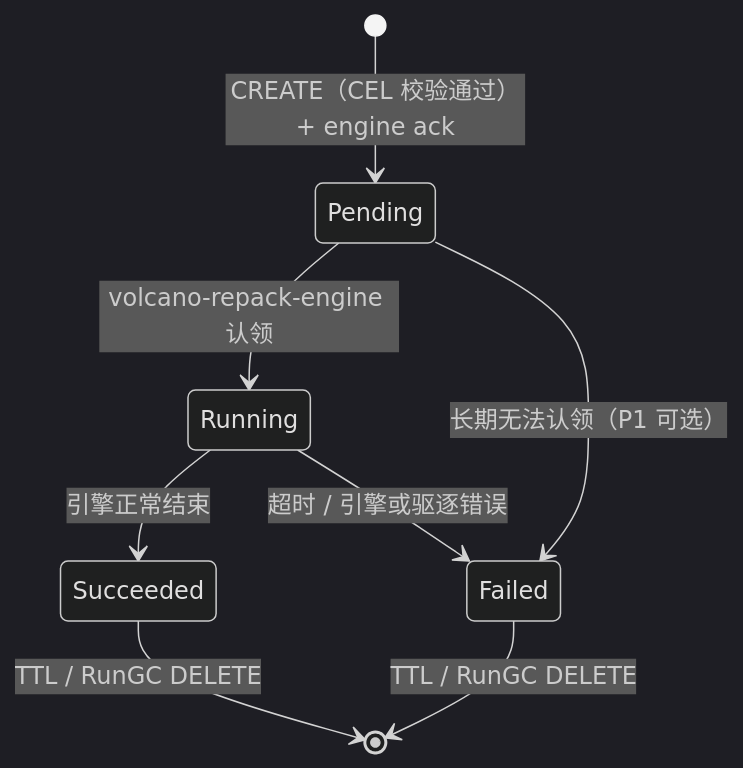
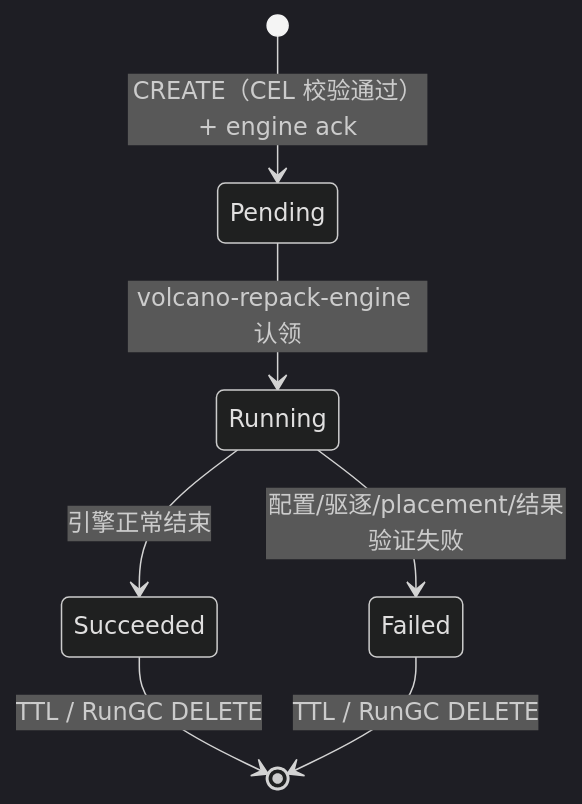
One commit to wangyang0616/volcano changed the third of 21 diagrams in docs/design/repack-policy-design.md. Above: the diagram before and after it, drawn with Mermaid (dark theme). The commit also changed other lines of this file and 1 other file, not shown here.

````diff
--- a/docs/design/repack-policy-design.md
+++ b/docs/design/repack-policy-design.md
@@ -633,10 +664,9 @@
 ```mermaid
 stateDiagram-v2
     [*] --> Pending: CREATE（CEL 校验通过）+ engine ack
     Pending --> Running: volcano-repack-engine 认领
-    Pending --> Failed: 长期无法认领（P1 可选）
     Running --> Succeeded: 引擎正常结束
-    Running --> Failed: 超时 / 引擎或驱逐错误
+    Running --> Failed: 配置/驱逐/placement/结果验证失败
     Succeeded --> [*]: TTL / RunGC DELETE
     Failed --> [*]: TTL / RunGC DELETE
 ```
````
